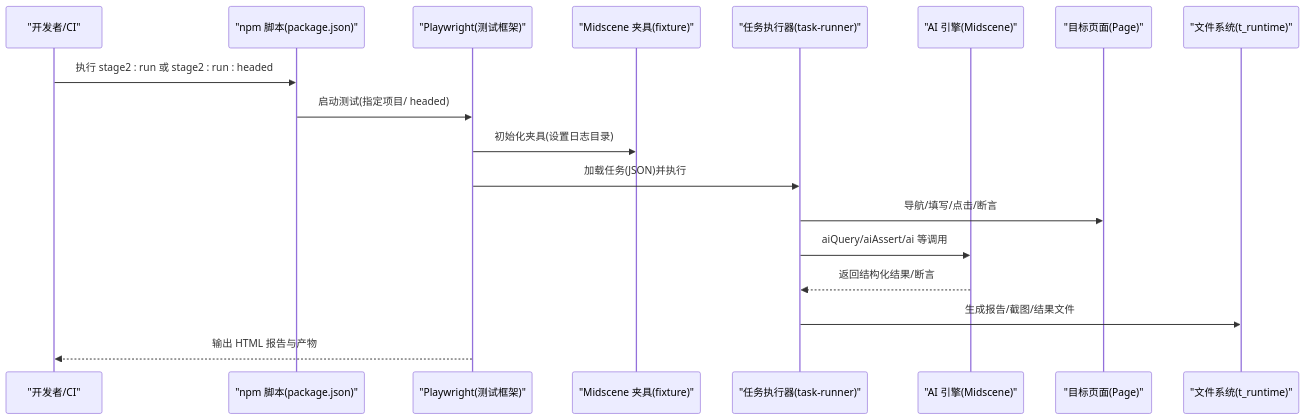
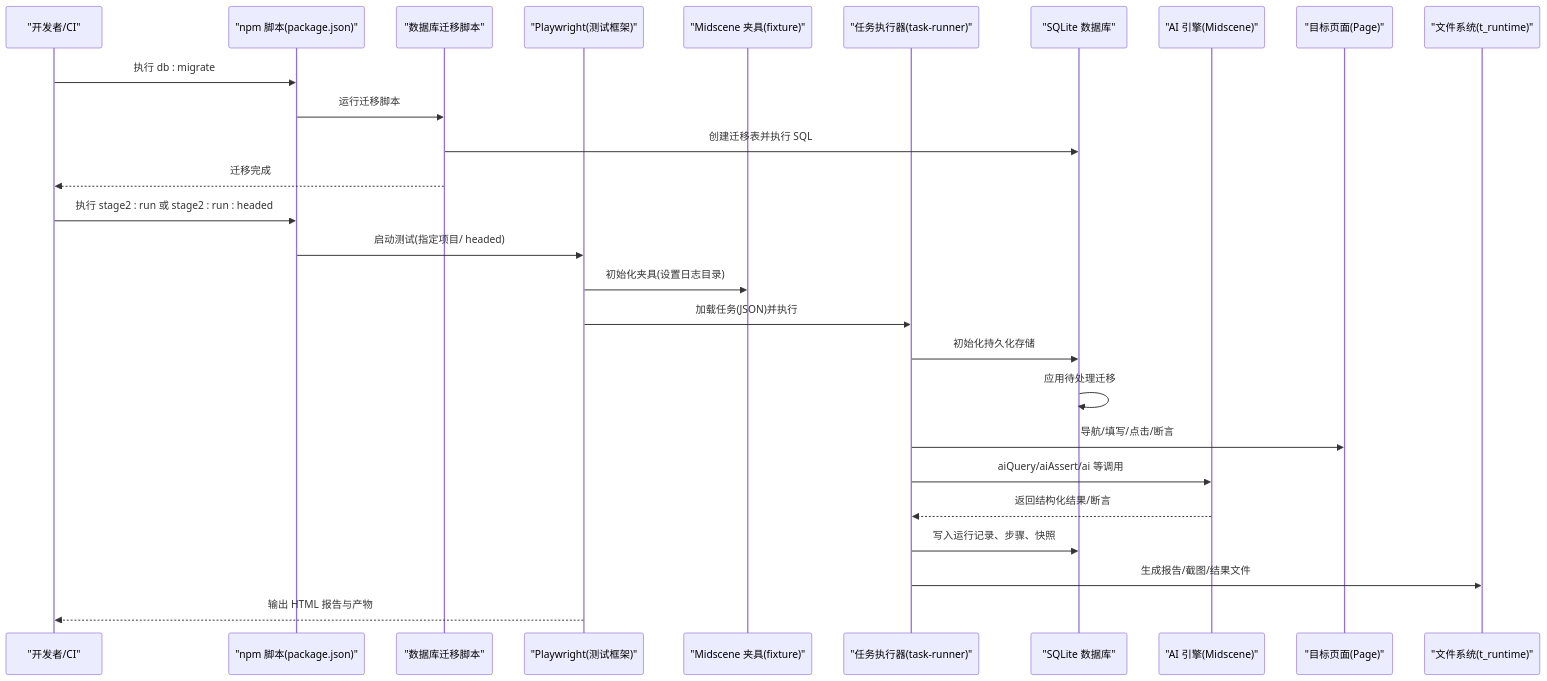
One commit to Jiane-EJ/playwright-mind changed the second of 8 diagrams in .qoder/repowiki/zh/content/部署运维/部署运维.md. Above: the diagram before and after it, drawn with Mermaid. The commit also changed other lines of this file and 7 other files, not shown here.

````diff
--- a/.qoder/repowiki/zh/content/部署运维/部署运维.md
+++ b/.qoder/repowiki/zh/content/部署运维/部署运维.md
@@ -125,20 +169,29 @@
 ```mermaid
 sequenceDiagram
 participant Dev as "开发者/CI"
 participant NPM as "npm 脚本(package.json)"
+participant DBM as "数据库迁移脚本"
 participant PW as "Playwright(测试框架)"
 participant FIX as "Midscene 夹具(fixture)"
 participant TR as "任务执行器(task-runner)"
+participant DB as "SQLite 数据库"
 participant AI as "AI 引擎(Midscene)"
 participant PG as "目标页面(Page)"
 participant FS as "文件系统(t_runtime)"
+Dev->>NPM : 执行 db : migrate
+NPM->>DBM : 运行迁移脚本
+DBM->>DB : 创建迁移表并执行 SQL
+DBM-->>Dev : 迁移完成
 Dev->>NPM : 执行 stage2 : run 或 stage2 : run : headed
 NPM->>PW : 启动测试(指定项目/ headed)
 PW->>FIX : 初始化夹具(设置日志目录)
 PW->>TR : 加载任务(JSON)并执行
+TR->>DB : 初始化持久化存储
+DB->>DB : 应用待处理迁移
 TR->>PG : 导航/填写/点击/断言
 TR->>AI : aiQuery/aiAssert/ai 等调用
 AI-->>TR : 返回结构化结果/断言
+TR->>DB : 写入运行记录、步骤、快照
 TR->>FS : 生成报告/截图/结果文件
 PW-->>Dev : 输出 HTML 报告与产物
 ```
````
